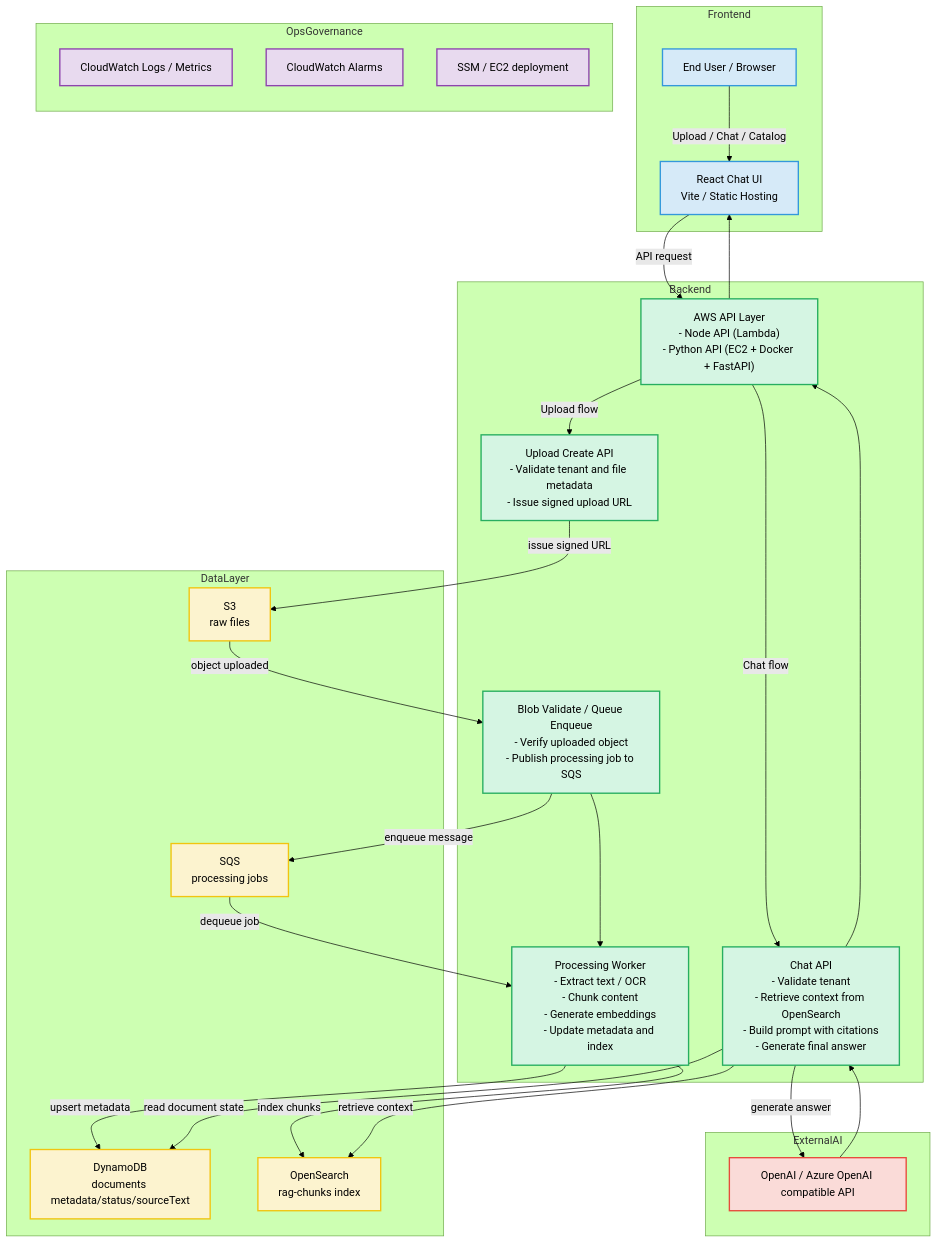
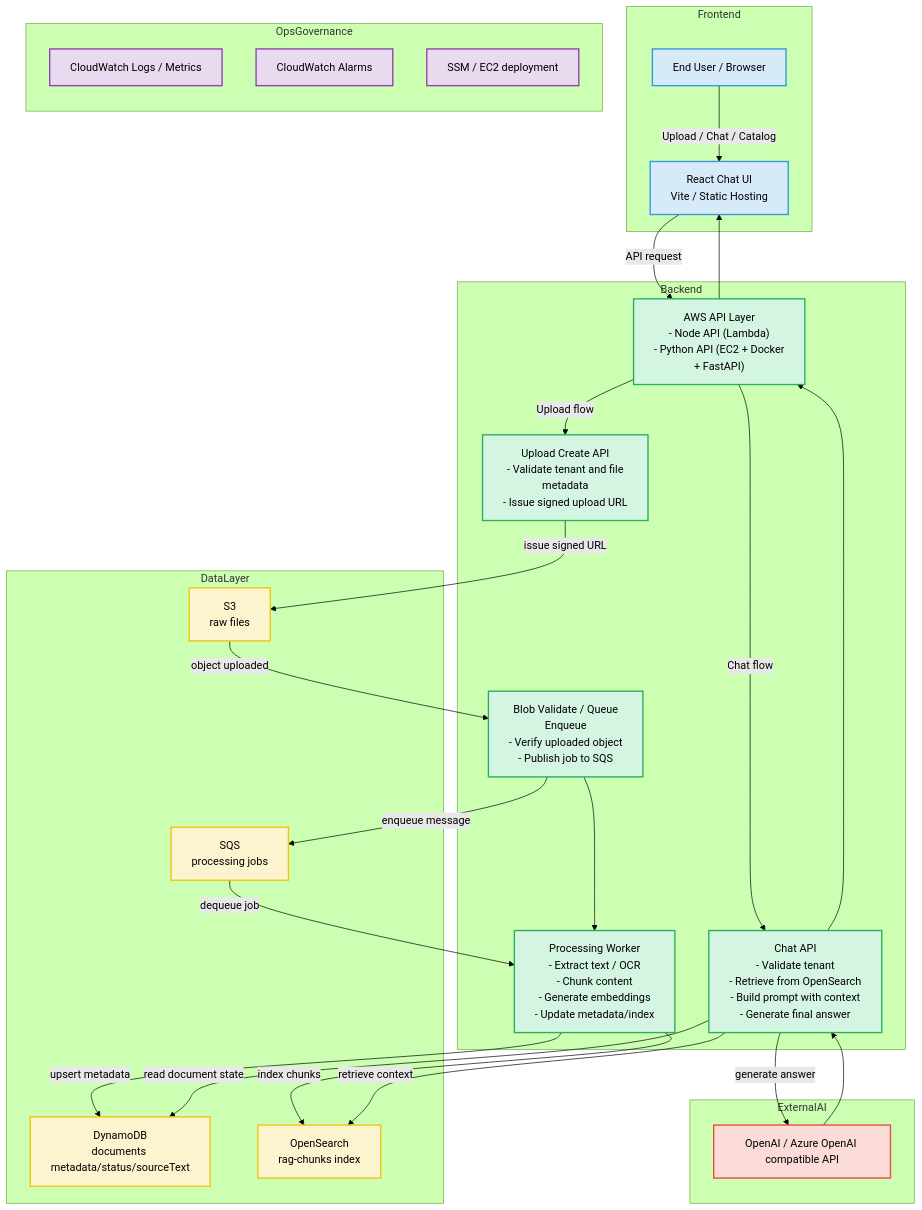
The diagram in docs/chatbot-feature-architecture-aws.md (kimgyver/RAG-azure), drawn with Mermaid (forest theme) before and after one commit.

Commit message:
AWS diagram change

````diff
--- a/docs/chatbot-feature-architecture-aws.md
+++ b/docs/chatbot-feature-architecture-aws.md
@@ -7,68 +7,68 @@
 ```mermaid
 flowchart TB
   classDef frontend fill:#D6EAF8,stroke:#3498DB,stroke-width:2px,color:#000;
   classDef backend fill:#D5F5E3,stroke:#27AE60,stroke-width:2px,color:#000;
   classDef database fill:#FCF3CF,stroke:#F1C40F,stroke-width:2px,color:#000;
   classDef external fill:#FADBD8,stroke:#E74C3C,stroke-width:2px,color:#000;
   classDef ops fill:#E8DAEF,stroke:#8E44AD,stroke-width:2px,color:#000;
 
   subgraph Frontend
       A[End User / Browser]
       B[React Chat UI
 Vite / Static Hosting]
       A -->|Upload / Chat / Catalog| B
   end
   class A,B frontend;
 
   subgraph Backend
-      C["AWS API Layer<br/>- Node API (Lambda)<br/>- Python API (EC2 + Docker + FastAPI)"]
-      D["Upload Create API<br/>- Validate tenant and file metadata<br/>- Issue signed upload URL"]
-      E["Chat API<br/>- Validate tenant<br/>- Retrieve context from OpenSearch<br/>- Build prompt with citations<br/>- Generate final answer"]
-      F["Blob Validate / Queue Enqueue<br/>- Verify uploaded object<br/>- Publish processing job to SQS"]
-      G["Processing Worker<br/>- Extract text / OCR<br/>- Chunk content<br/>- Generate embeddings<br/>- Update metadata and index"]
+      C["AWS API Layer<br/>- Node API (Lambda)<br/>- Python API (EC2 + Docker<br/> + FastAPI)"]
+      D["Upload Create API<br/>- Validate tenant and file <br/>metadata<br/>- Issue signed upload URL"]
+      E["Chat API<br/>- Validate tenant<br/>- Retrieve from OpenSearch<br/>- Build prompt with context<br/>- Generate final answer"]
+      F["Blob Validate / Queue<br/> Enqueue<br/>- Verify uploaded object<br/>- Publish job to SQS"]
+      G["Processing Worker<br/>- Extract text / OCR<br/>- Chunk content<br/>- Generate embeddings<br/>- Update metadata/index"]
       B -->|API request| C
       C -->|Upload flow| D
       C -->|Chat flow| E
       F --> G
   end
   class C,D,E,F,G backend;
 
   subgraph DataLayer
       H[S3
 raw files]
       I[SQS
 processing jobs]
       J[DynamoDB
 documents metadata/status/sourceText]
       K[OpenSearch
 rag-chunks index]
   end
   class H,I,J,K database;
 
   subgraph ExternalAI
       L[OpenAI / Azure OpenAI compatible API]
   end
   class L external;
 
   subgraph OpsGovernance
       direction TB
       M[CloudWatch Logs / Metrics]
       N[CloudWatch Alarms]
       O[SSM / EC2 deployment]
   end
   class M,N,O ops;
 
   D -->|issue signed URL| H
   H -->|object uploaded| F
   F -->|enqueue message| I
   I -->|dequeue job| G
   G -->|upsert metadata| J
   G -->|index chunks| K
 
   E -->|retrieve context| K
   E -->|read document state| J
   E -->|generate answer| L
   L --> E
   E --> C
   C --> B
 ```
````
